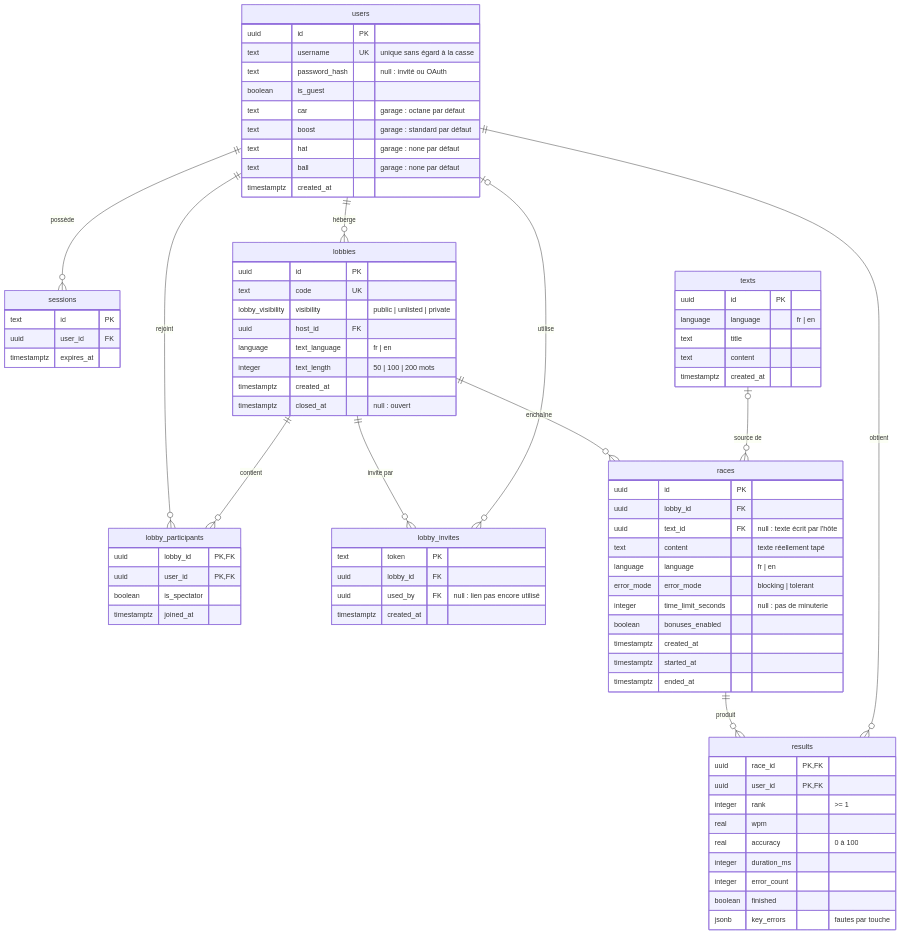
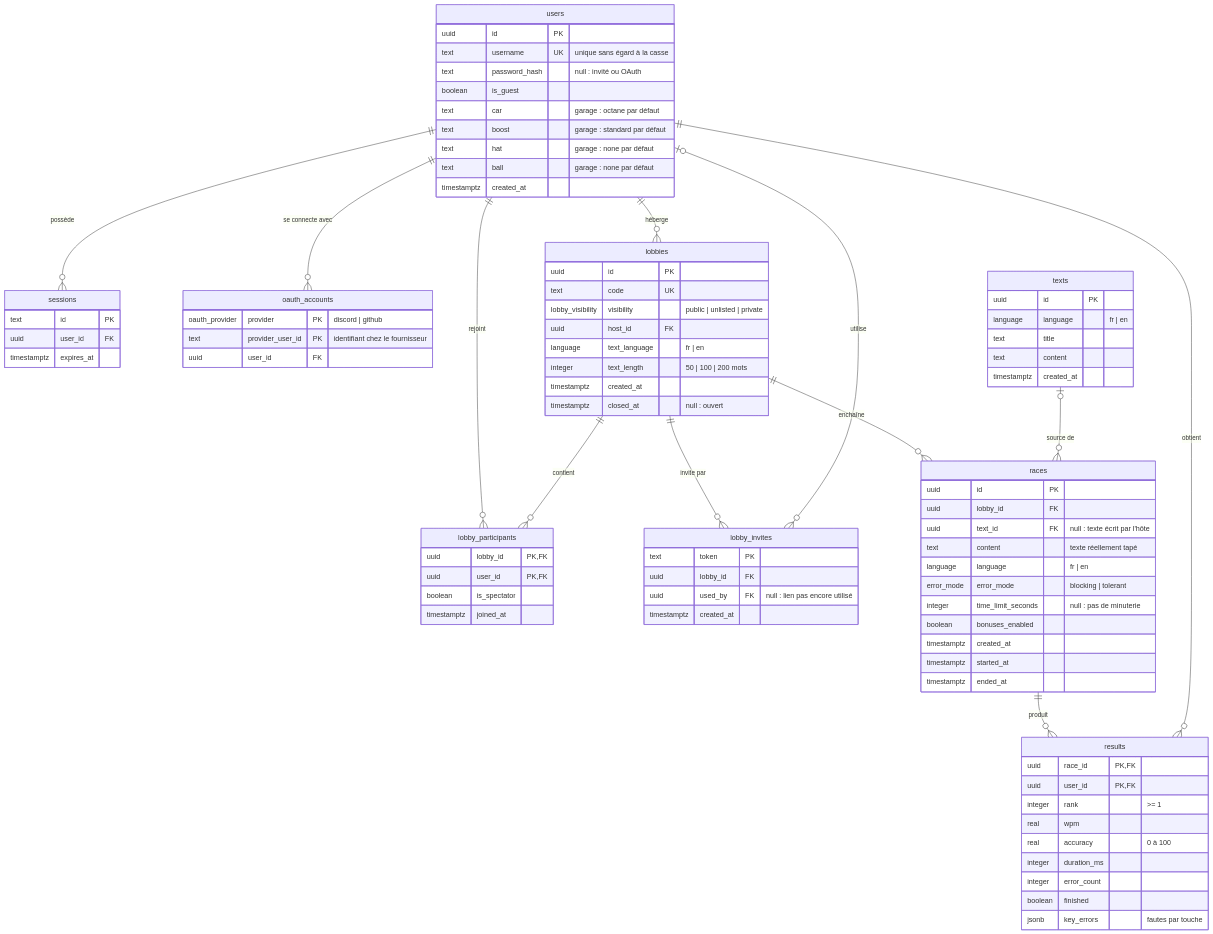
The first of 4 diagrams in docs/ARCHITECTURE.md (Madlodon/taype-in), drawn with Mermaid before and after one commit. The commit also changed 1 other file, not shown here.

Commit message:
Mark AUTH-01 done in requirements

````diff
--- a/docs/ARCHITECTURE.md
+++ b/docs/ARCHITECTURE.md
@@ -9,6 +9,7 @@
 ```mermaid
 erDiagram
     users ||--o{ sessions : "possède"
+    users ||--o{ oauth_accounts : "se connecte avec"
     users ||--o{ lobbies : "héberge"
     users ||--o{ lobby_participants : "rejoint"
     lobbies ||--o{ lobby_participants : "contient"
@@ -29,6 +30,12 @@
         text hat "garage : none par défaut"
         text ball "garage : none par défaut"
         timestamptz created_at
+    }
+
+    oauth_accounts {
+        oauth_provider provider PK "discord | github"
+        text provider_user_id PK "identifiant chez le fournisseur"
+        uuid user_id FK
     }
 
     sessions {
````
